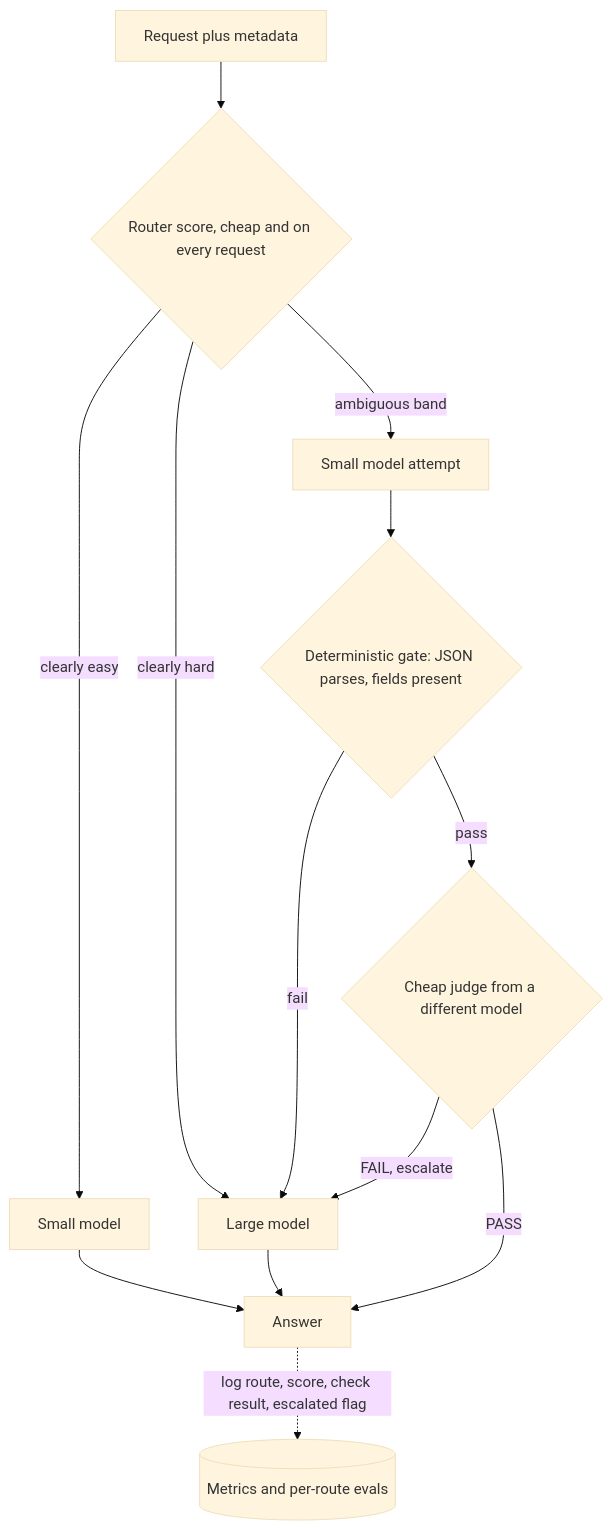
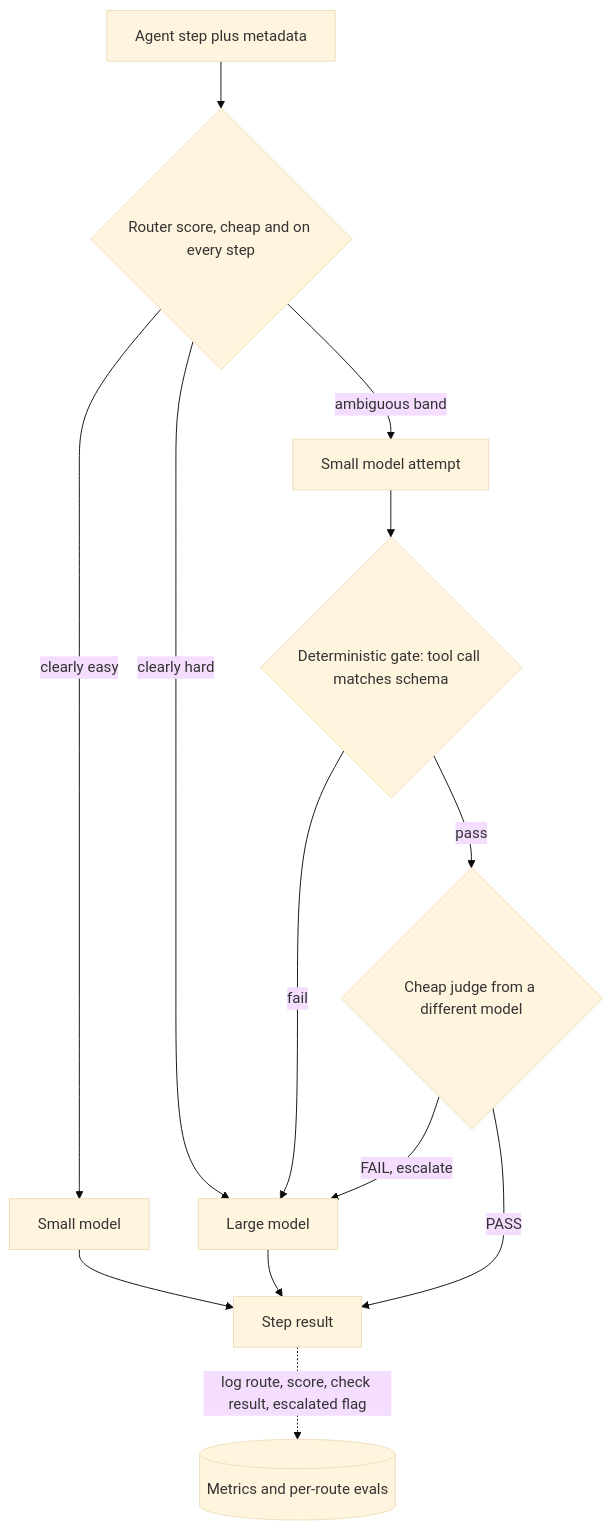
One commit to lovishmahajan97/agentic-learning changed the diagram in content/system-design/model-routing-cascading.md. Above: the diagram before and after it, drawn with Mermaid (base theme). The commit also changed other lines of this file and 266 other files, not shown here.

````diff
--- a/content/system-design/model-routing-cascading.md
+++ b/content/system-design/model-routing-cascading.md
@@ -130,15 +155,15 @@
 ```mermaid
 flowchart TD
-    R["Request plus metadata"] --> RT{"Router score, cheap and on every request"}
+    R["Agent step plus metadata"] --> RT{"Router score, cheap and on every step"}
     RT -->|"clearly easy"| SM["Small model"]
     RT -->|"clearly hard"| LG["Large model"]
     RT -->|"ambiguous band"| CS["Small model attempt"]
-    CS --> G{"Deterministic gate: JSON parses, fields present"}
+    CS --> G{"Deterministic gate: tool call matches schema"}
     G -->|"fail"| LG
     G -->|"pass"| J{"Cheap judge from a different model"}
     J -->|"FAIL, escalate"| LG
-    J -->|"PASS"| OUT["Answer"]
+    J -->|"PASS"| OUT["Step result"]
     SM --> OUT
     LG --> OUT
     OUT -.->|"log route, score, check result, escalated flag"| M[("Metrics and per-route evals")]
 ```
````
